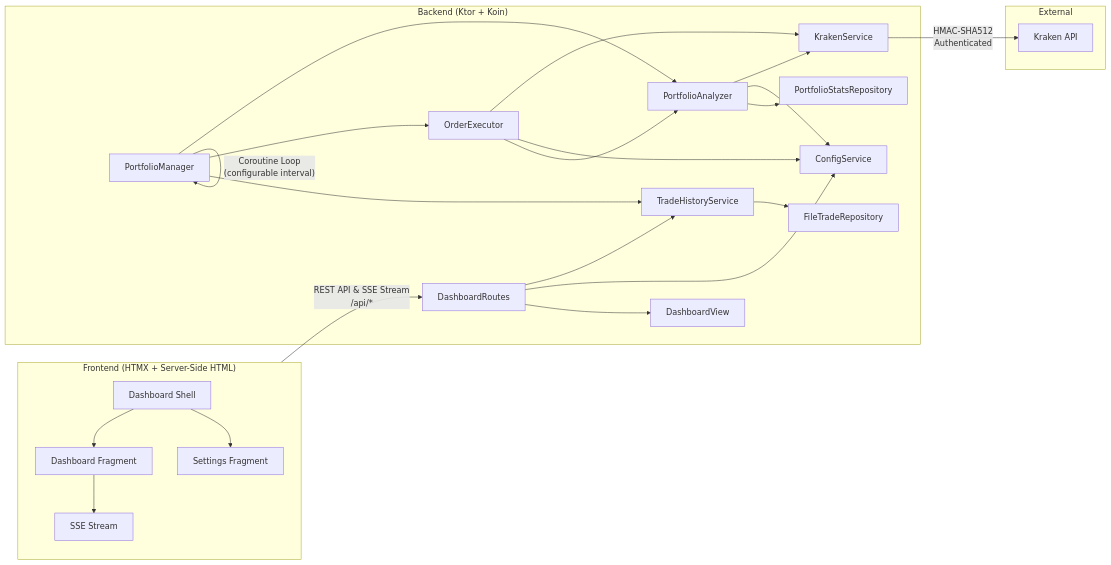
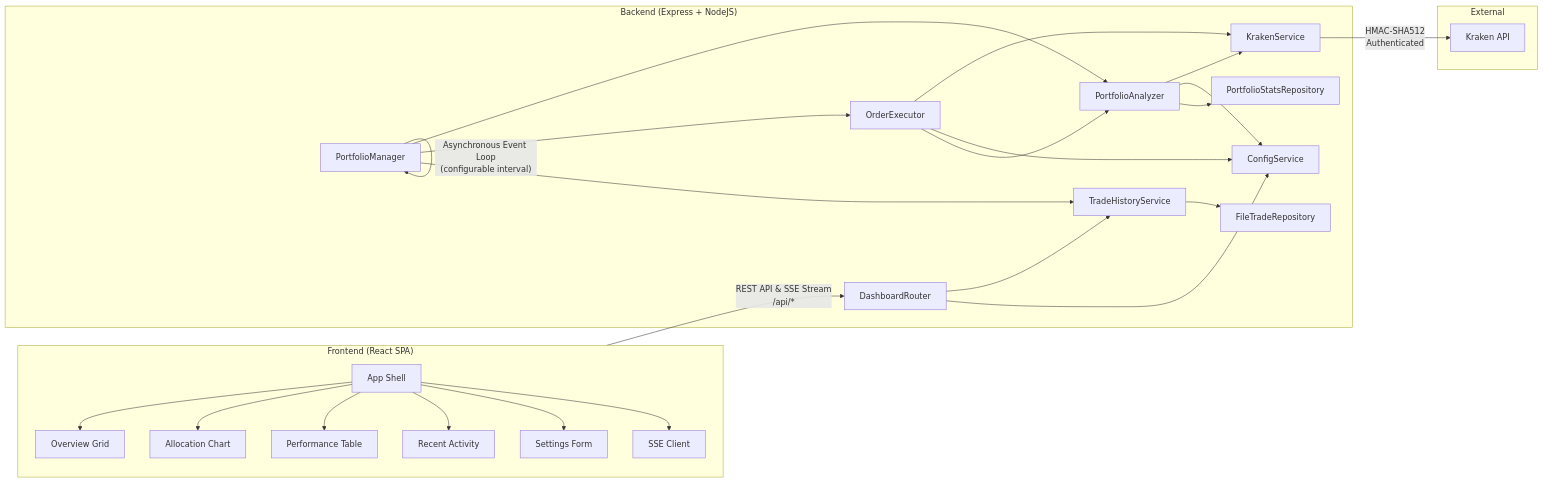
Before and after one commit to HyperVon/new-kraken-rebalancer: the first of 2 diagrams in README.md, drawn with Mermaid. The commit also changed other lines of this file and 159 other files, not shown here.

Commit message:
Rewrite kraken-rebalancer in TypeScript with NodeJS and React/Vite

````diff
--- a/README.md
+++ b/README.md
@@ -117,32 +113,34 @@
 ```mermaid
 graph LR
-    subgraph Frontend["Frontend (HTMX + Server-Side HTML)"]
-        D[Dashboard Shell] --> DF[Dashboard Fragment]
-        D --> SF[Settings Fragment]
-        DF --> SS[SSE Stream]
+    subgraph Frontend["Frontend (React SPA)"]
+        App[App Shell] --> OG[Overview Grid]
+        App --> AC[Allocation Chart]
+        App --> PT[Performance Table]
+        App --> RA[Recent Activity]
+        App --> SF[Settings Form]
+        App --> SSE[SSE Client]
     end
 
-    subgraph Backend["Backend (Ktor + Koin)"]
-        DC[DashboardRoutes] --> THS[TradeHistoryService]
-        DC --> CS[ConfigService]
-        DC --> DV[DashboardView]
+    subgraph Backend["Backend (Express + NodeJS)"]
+        R[DashboardRouter] --> THS[TradeHistoryService]
+        R --> CS[ConfigService]
         PM[PortfolioManager] --> PA[PortfolioAnalyzer]
         PM --> OE[OrderExecutor]
         PM --> THS
         PA --> KS[KrakenService]
         PA --> CS
         PA --> PSR[PortfolioStatsRepository]
         OE --> KS
         OE --> CS
         OE --> PA
         THS --> FTR[FileTradeRepository]
     end
 
     subgraph External
         KA[Kraken API]
     end
 
-    Frontend -- "REST API & SSE Stream\n/api/*" --> DC
-    PM -- "Coroutine Loop\n(configurable interval)" --> PM
+    Frontend -- "REST API & SSE Stream\n/api/*" --> R
+    PM -- "Asynchronous Event Loop\n(configurable interval)" --> PM
     KS -- "HMAC-SHA512\nAuthenticated" --> KA
 ```
````
